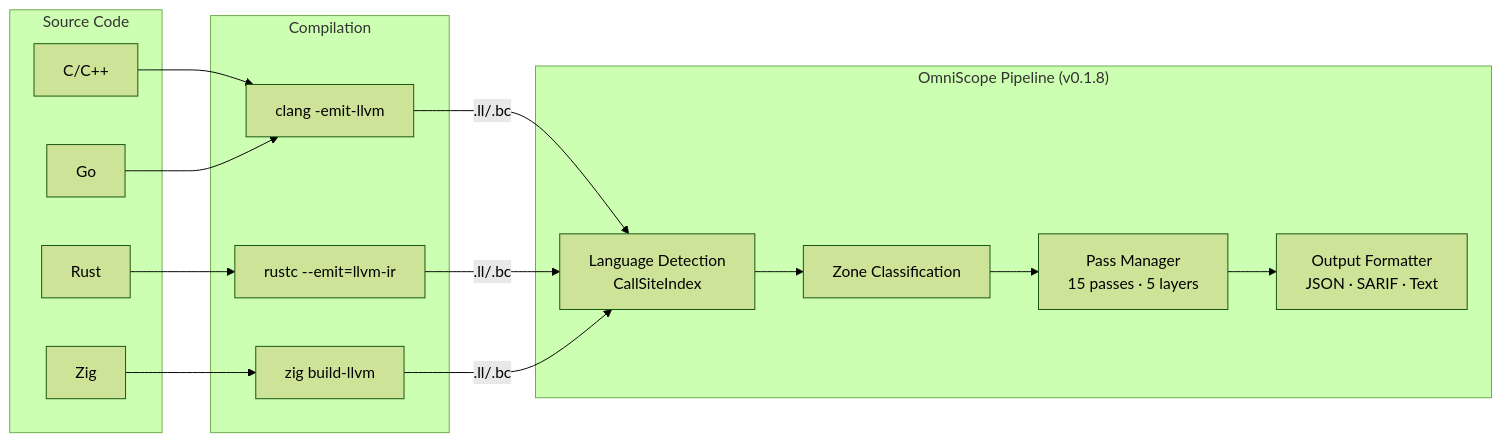
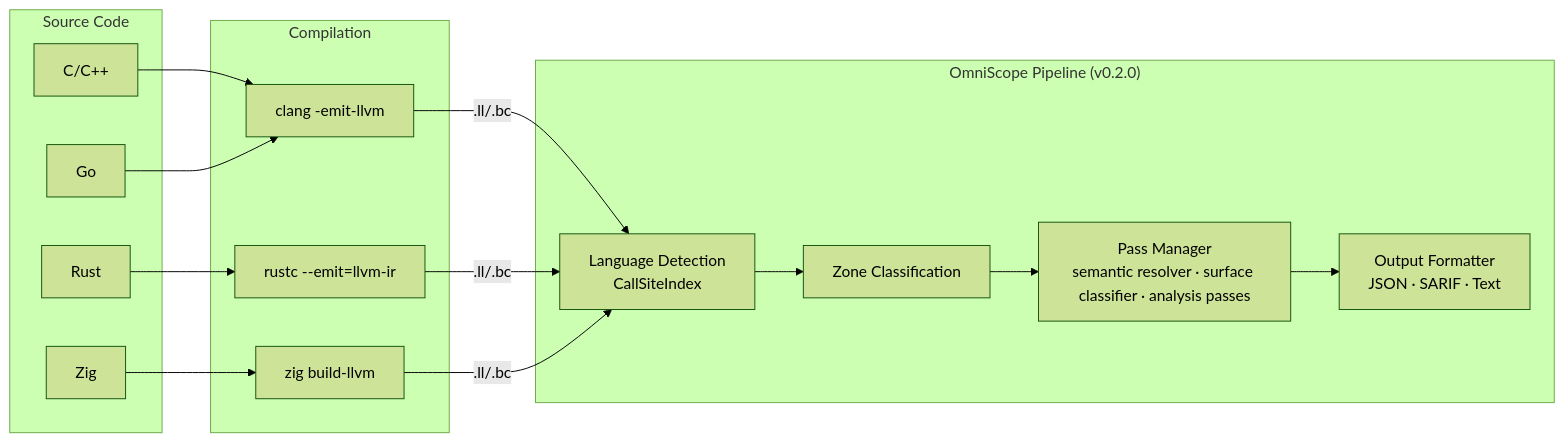
Before and after one commit to Timwood0x10/OmniScope: the second of 3 diagrams in README.md, drawn with Mermaid (forest theme). The commit also changed other lines of this file and 18 other files, not shown here.

Commit message:
release: bump to 0.2.0, merge 0.1.9 fixes with semantic analysis work

````diff
--- a/README.md
+++ b/README.md
@@ -150,28 +152,28 @@
 ```mermaid
 flowchart LR
     subgraph Source["Source Code"]
         Rust[Rust]
         Cpp[C/C++]
         Zig[Zig]
         Go[Go]
     end
 
     subgraph Compile["Compilation"]
         C1[clang -emit-llvm]
         C2[rustc --emit=llvm-ir]
         C3[zig build-llvm]
     end
 
-    subgraph Pipeline["OmniScope Pipeline (v0.1.8)"]
+    subgraph Pipeline["OmniScope Pipeline (v0.2.0)"]
         Pre[Language Detection<br/>CallSiteIndex]
         ZC[Zone Classification]
-        PM[Pass Manager<br/>15 passes · 5 layers]
+        PM[Pass Manager<br/>semantic resolver · surface classifier · analysis passes]
         Out[Output Formatter<br/>JSON · SARIF · Text]
     end
 
     Rust --> C2
     Cpp --> C1
     Zig --> C3
     Go --> C1
     C1 & C2 & C3 --> |.ll/.bc| Pre --> ZC --> PM --> Out
 ```
````
